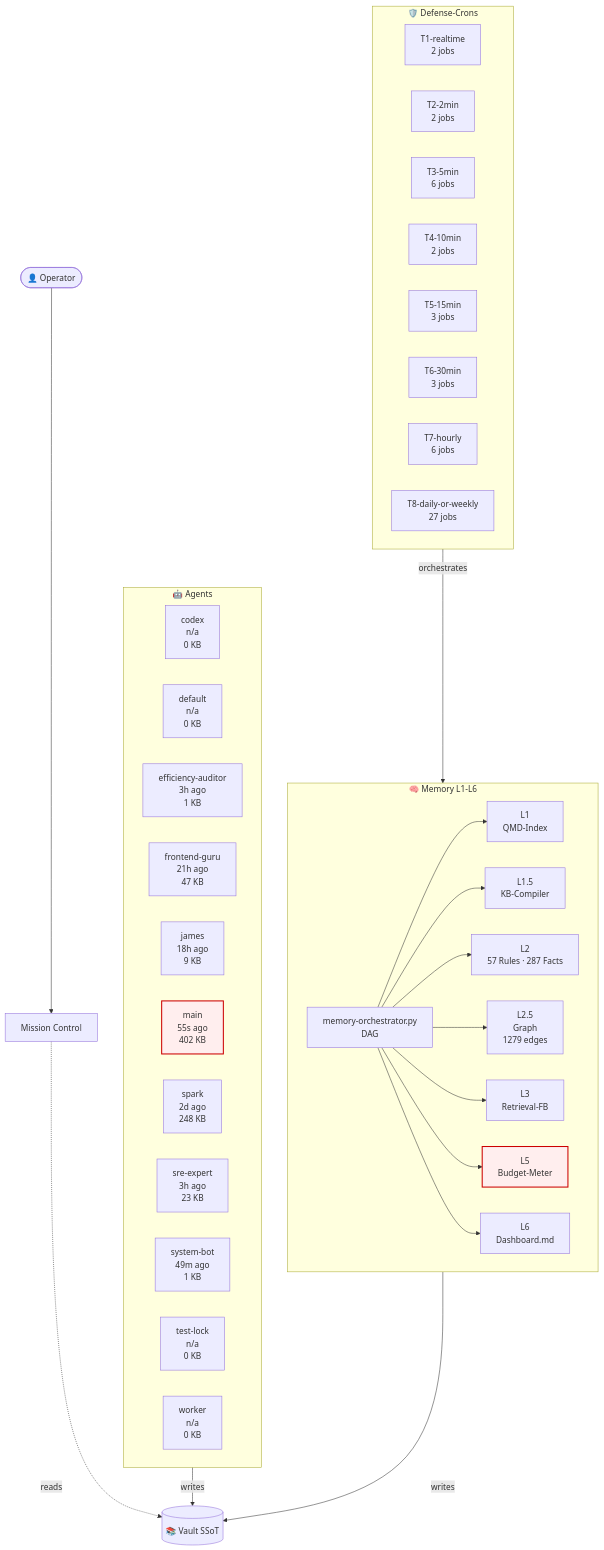
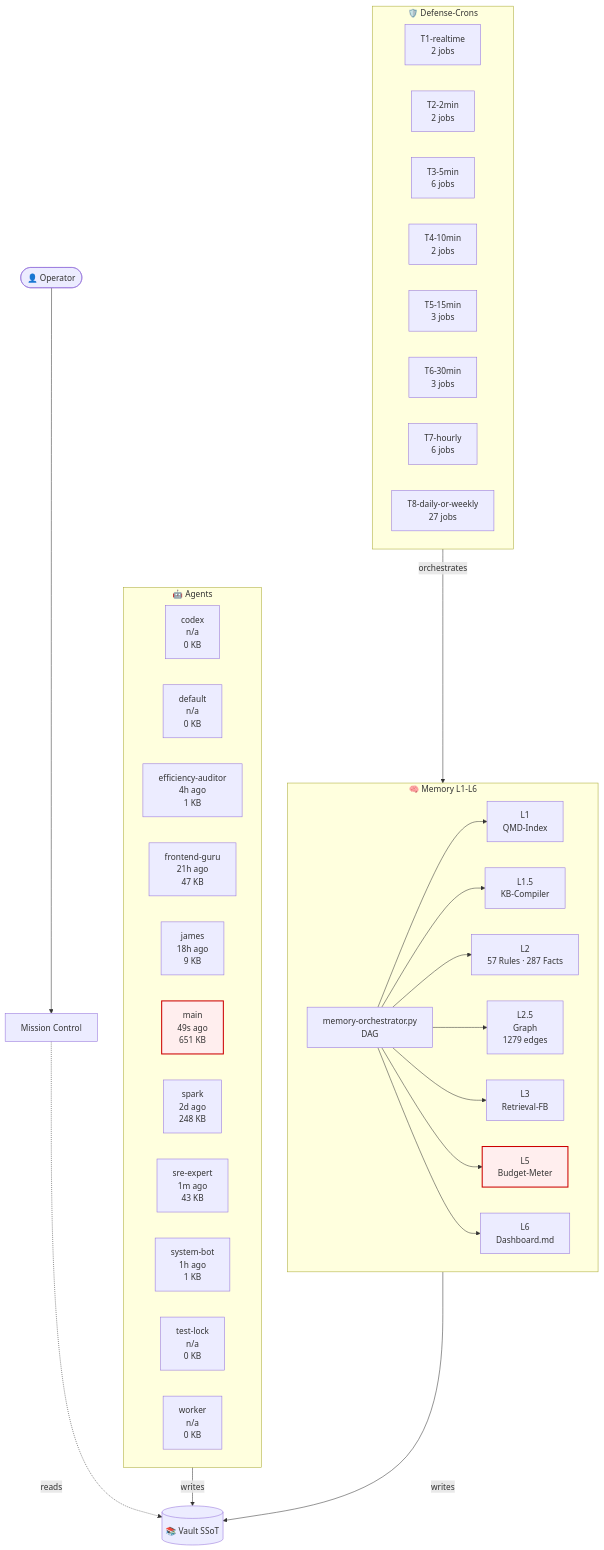
One commit to lenardhuebner88-rgb/openclaw-memory changed the diagram in 03-Agents/architecture-live.md. Above: the diagram before and after it, drawn with Mermaid. The commit also changed other lines of this file and 21 other files, not shown here.

````diff
--- a/03-Agents/architecture-live.md
+++ b/03-Agents/architecture-live.md
@@ -18,54 +18,54 @@
 ```mermaid
 flowchart TB
     classDef critical fill:#fee,stroke:#c00,stroke-width:2px;
     subgraph AGT["🤖 Agents"]
         agent_codex["codex<br/>n/a<br/>0 KB"]
         agent_default["default<br/>n/a<br/>0 KB"]
-        agent_efficiency_auditor["efficiency-auditor<br/>3h ago<br/>1 KB"]
+        agent_efficiency_auditor["efficiency-auditor<br/>4h ago<br/>1 KB"]
         agent_frontend_guru["frontend-guru<br/>21h ago<br/>47 KB"]
         agent_james["james<br/>18h ago<br/>9 KB"]
-        agent_main["main<br/>55s ago<br/>402 KB"]
+        agent_main["main<br/>49s ago<br/>651 KB"]
         agent_spark["spark<br/>2d ago<br/>248 KB"]
-        agent_sre_expert["sre-expert<br/>3h ago<br/>23 KB"]
-        agent_system_bot["system-bot<br/>49m ago<br/>1 KB"]
+        agent_sre_expert["sre-expert<br/>1m ago<br/>43 KB"]
+        agent_system_bot["system-bot<br/>1h ago<br/>1 KB"]
         agent_test_lock["test-lock<br/>n/a<br/>0 KB"]
         agent_worker["worker<br/>n/a<br/>0 KB"]
     end
     subgraph MEM["🧠 Memory L1-L6"]
         L1["L1<br/>QMD-Index"]
         L15["L1.5<br/>KB-Compiler"]
         L2["L2<br/>57 Rules · 287 Facts"]
         L25["L2.5<br/>Graph<br/>1279 edges"]
         L3["L3<br/>Retrieval-FB"]
         L5["L5<br/>Budget-Meter"]
         L6["L6<br/>Dashboard.md"]
         ORCH["memory-orchestrator.py<br/>DAG"]
     end
     subgraph CRN["🛡️ Defense-Crons"]
         tier_T1_realtime["T1-realtime<br/>2 jobs"]
         tier_T2_2min["T2-2min<br/>2 jobs"]
         tier_T3_5min["T3-5min<br/>6 jobs"]
         tier_T4_10min["T4-10min<br/>2 jobs"]
         tier_T5_15min["T5-15min<br/>3 jobs"]
         tier_T6_30min["T6-30min<br/>3 jobs"]
         tier_T7_hourly["T7-hourly<br/>6 jobs"]
         tier_T8_daily_or_weekly["T8-daily-or-weekly<br/>27 jobs"]
     end
     VAULT[("📚 Vault SSoT")]
     OP([👤 Operator])
     MC["Mission Control"]
     OP --> MC
     MC -.reads.-> VAULT
     AGT -->|writes| VAULT
     MEM -->|writes| VAULT
     ORCH --> L1
     ORCH --> L15
     ORCH --> L2
     ORCH --> L25
     ORCH --> L3
     ORCH --> L5
     ORCH --> L6
     CRN -->|orchestrates| MEM
     class L5 critical
     class agent_main critical
 ```
````
